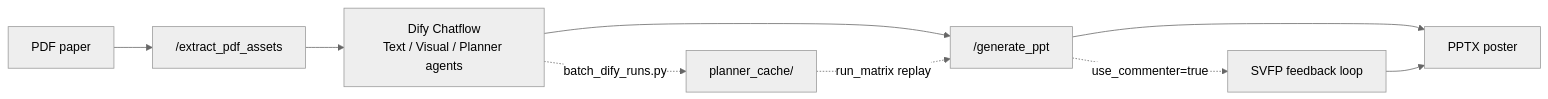
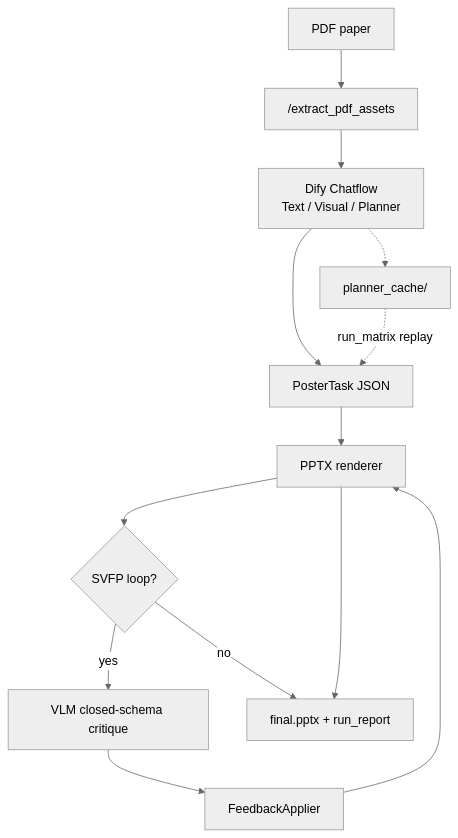
Before and after one commit to GHMikael/poster_agent_backend: the diagram in README.md, drawn with Mermaid (neutral theme). The commit also changed other lines of this file and 28 other files, not shown here.

````diff
--- a/README.md
+++ b/README.md
@@ -72,11 +73,15 @@
 ```mermaid
-flowchart LR
-  PDF[PDF paper] --> A["/extract_pdf_assets"]
-  A --> Dify[Dify Chatflow<br/>Text / Visual / Planner agents]
-  Dify --> B["/generate_ppt"]
-  B --> R[PPTX poster]
-  B -.->|use_commenter=true| Loop[SVFP feedback loop]
-  Loop --> R
-  Dify -.->|batch_dify_runs.py| Cache[planner_cache/]
-  Cache -.->|run_matrix replay| B
+flowchart TB
+  PDF[PDF paper] --> Extract["/extract_pdf_assets"]
+  Extract --> Dify[Dify Chatflow<br/>Text / Visual / Planner]
+  Dify --> Task[PosterTask JSON]
+  Task --> Render[PPTX renderer]
+  Render --> SVFP{SVFP loop?}
+  SVFP -->|yes| VLM[VLM closed-schema critique]
+  VLM --> Apply[FeedbackApplier]
+  Apply --> Render
+  SVFP -->|no| Out[final.pptx + run_report]
+  Render --> Out
+  Dify -.-> Cache[planner_cache/]
+  Cache -.->|run_matrix replay| Task
 ```
````
